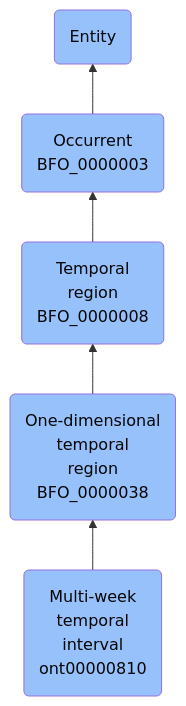
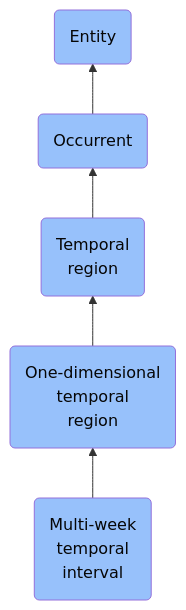
One commit to jupyter-naas/abi changed the diagram in docs/ontology/reference/model/Entity/Occurrent/Temporal region/One-dimensional temporal region/Multi-week temporal interval/Multi-week temporal interval.md. Above: the diagram before and after it, drawn with Mermaid. The commit also changed other lines of this file and 1430 other files, not shown here.

````diff
--- a/docs/ontology/reference/model/Entity/Occurrent/Temporal region/One-dimensional temporal region/Multi-week temporal interval/Multi-week temporal interval.md
+++ b/docs/ontology/reference/model/Entity/Occurrent/Temporal region/One-dimensional temporal region/Multi-week temporal interval/Multi-week temporal interval.md
@@ -24,12 +24,12 @@
 ```mermaid
 graph BT
-    ont00000810(Multi-week<br>temporal<br>interval<br>ont00000810):::BFO-->BFO_0000038
-    BFO_0000038(One-dimensional<br>temporal<br>region<br>BFO_0000038):::BFO-->BFO_0000008
-    BFO_0000008(Temporal<br>region<br>BFO_0000008):::BFO-->BFO_0000003
-    BFO_0000003(Occurrent<br>BFO_0000003):::BFO-->BFO_0000001
+    ont00000810(Multi-week<br>temporal<br>interval):::BFO-->BFO_0000038
+    BFO_0000038(One-dimensional<br>temporal<br>region):::BFO-->BFO_0000008
+    BFO_0000008(Temporal<br>region):::BFO-->BFO_0000003
+    BFO_0000003(Occurrent):::BFO-->BFO_0000001
     BFO_0000001(Entity):::BFO
     
     classDef BFO fill:#97c1fb,color:#060606
     classDef CCO fill:#e4c51e,color:#060606
     classDef ABI fill:#48DD82,color:#060606
 ```
````
